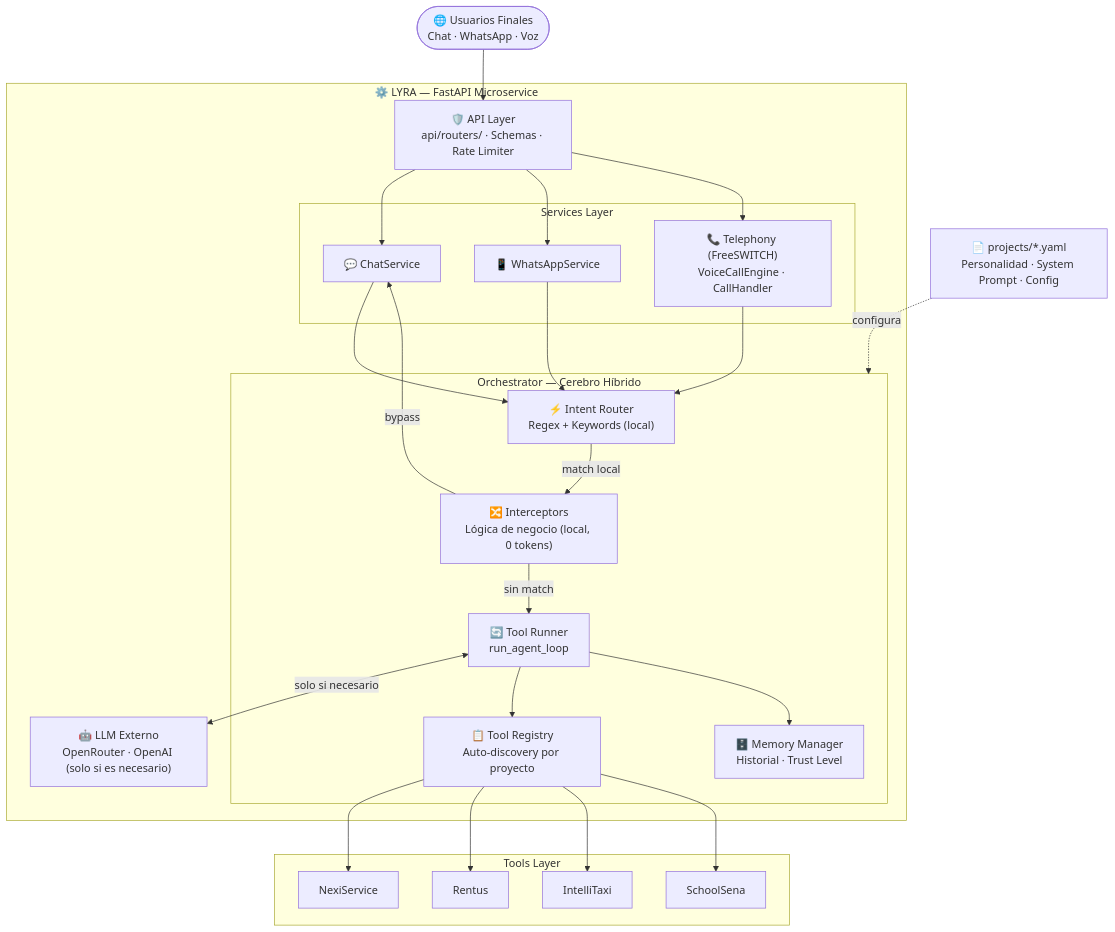
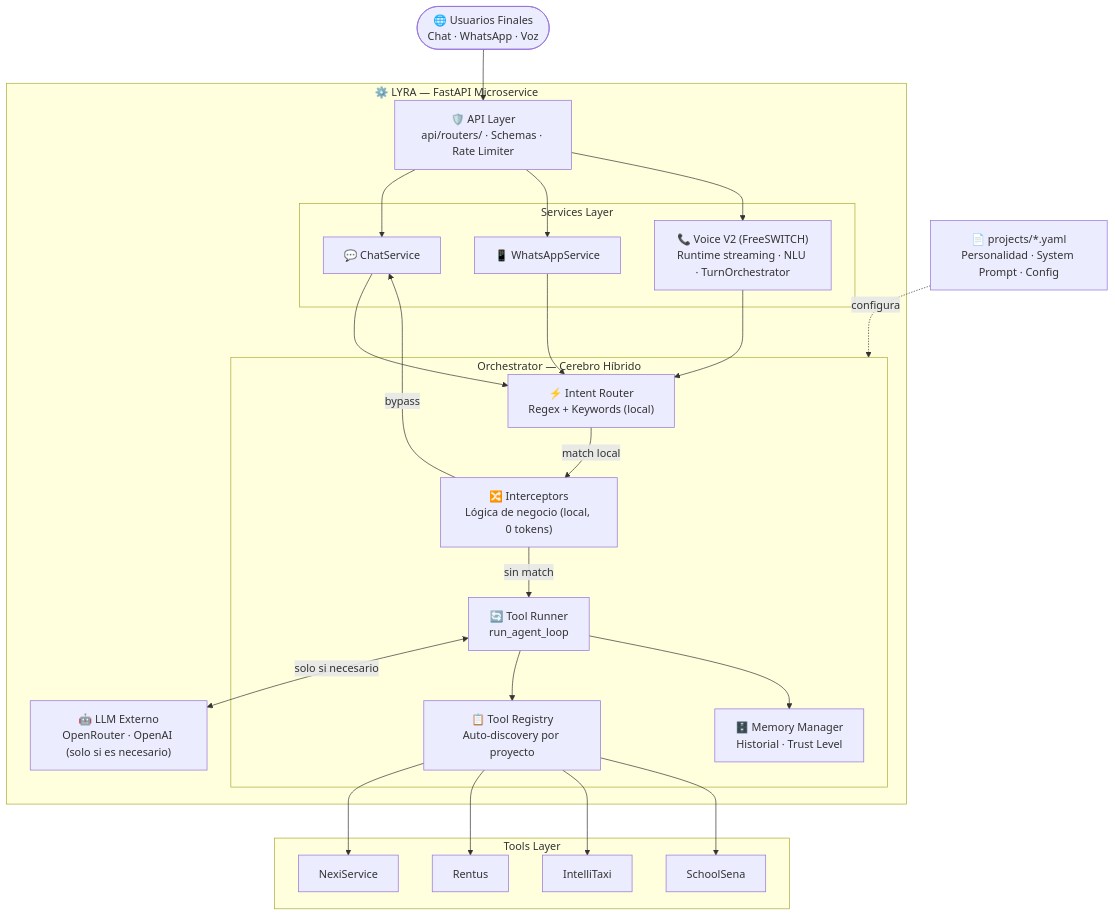
The diagram in README.md (DavidLozadavt/virtualtIA), drawn with Mermaid before and after one commit. The commit also changed other lines of this file and 108 other files, not shown here.

First line of the commit message:
feat: replace Lyra Voice V1 with streaming Lyra Voice V2

````diff
--- a/README.md
+++ b/README.md
@@ -66,45 +66,45 @@
 ```mermaid
 graph TD
     Input(["🌐 Usuarios Finales\nChat · WhatsApp · Voz"])
 
     subgraph LYRA ["⚙️ LYRA — FastAPI Microservice"]
         GW["🛡️ API Layer\napi/routers/ · Schemas · Rate Limiter"]
 
         subgraph SVC ["Services Layer"]
             CS["💬 ChatService"]
             WS["📱 WhatsAppService"]
-            TS["📞 Telephony (FreeSWITCH)\nVoiceCallEngine · CallHandler"]
+            TS["📞 Voice V2 (FreeSWITCH)\nRuntime streaming · NLU · TurnOrchestrator"]
         end
 
         subgraph ORCH ["Orchestrator — Cerebro Híbrido"]
             IR["⚡ Intent Router\nRegex + Keywords (local)"]
             INT["🔀 Interceptors\nLógica de negocio (local, 0 tokens)"]
             TR["🔄 Tool Runner\nrun_agent_loop"]
             REG["📋 Tool Registry\nAuto-discovery por proyecto"]
             MM["🗄️ Memory Manager\nHistorial · Trust Level"]
         end
 
         LLM["🤖 LLM Externo\nOpenRouter · OpenAI (solo si es necesario)"]
     end
 
     subgraph TOOLS ["Tools Layer"]
         NX["NexiService"]
         RT["Rentus"]
         IT["IntelliTaxi"]
         SH["SchoolSena"]
     end
 
     YAML["📄 projects/*.yaml\nPersonalidad · System Prompt · Config"]
 
     Input --> GW
     GW --> CS & WS & TS
     CS & WS & TS --> IR
     IR -->|match local| INT
     INT -->|bypass| CS
     INT -->|sin match| TR
     TR <-->|solo si necesario| LLM
     TR --> REG
     REG --> NX & RT & IT & SH
     TR --> MM
     YAML -.->|configura| ORCH
 ```
````
